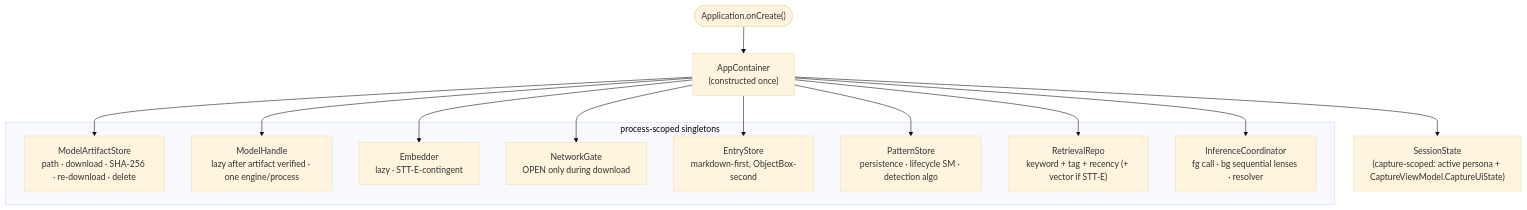
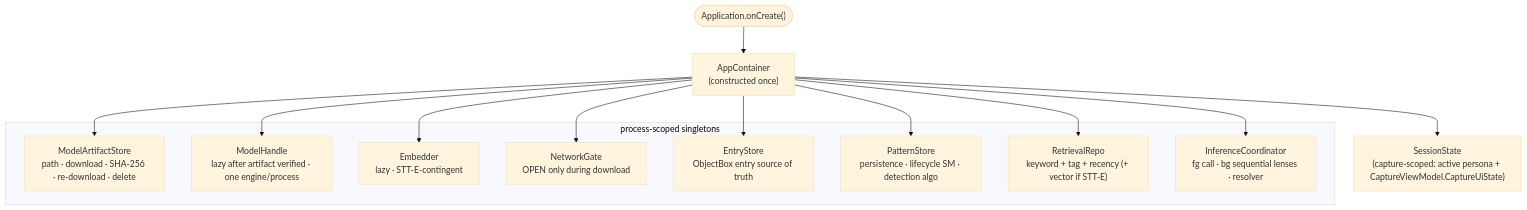
One commit to anchildress1/vestige changed the second of 4 diagrams in docs/diagrams/architecture.md. Above: the diagram before and after it, drawn with Mermaid (base theme). The commit also changed other lines of this file and 77 other files, not shown here.

First line of the commit message:
feat(storage): make ObjectBox the entry source of truth (#50)

````diff
--- a/docs/diagrams/architecture.md
+++ b/docs/diagrams/architecture.md
@@ -37,28 +37,28 @@
 ```mermaid
 flowchart TB
     accTitle: AppContainer composition root
     accDescr: Application onCreate constructs AppContainer once, which holds process-scoped singletons ModelArtifactStore, ModelHandle, Embedder, NetworkGate, EntryStore, PatternStore, RetrievalRepo, InferenceCoordinator, and a capture-scoped SessionState.
 
     OnCreate(["Application.onCreate()"]) --> AC["AppContainer<br/>(constructed once)"]
 
     subgraph proc["process-scoped singletons"]
       MAS["ModelArtifactStore<br/>path · download · SHA-256 · re-download · delete"]
       MH["ModelHandle<br/>lazy after artifact verified · one engine/process"]
       EMB["Embedder<br/>lazy · STT-E-contingent"]
       NG["NetworkGate<br/>OPEN only during download"]
-      ES["EntryStore<br/>markdown-first, ObjectBox-second"]
+      ES["EntryStore<br/>ObjectBox entry source of truth"]
       PS["PatternStore<br/>persistence · lifecycle SM · detection algo"]
       RR["RetrievalRepo<br/>keyword + tag + recency (+ vector if STT-E)"]
       IC["InferenceCoordinator<br/>fg call · bg sequential lenses · resolver"]
     end
 
     AC --> MAS
     AC --> MH
     AC --> EMB
     AC --> NG
     AC --> ES
     AC --> PS
     AC --> RR
     AC --> IC
     AC --> SS["SessionState<br/>(capture-scoped: active persona + CaptureViewModel.CaptureUiState)"]
 ```
````
